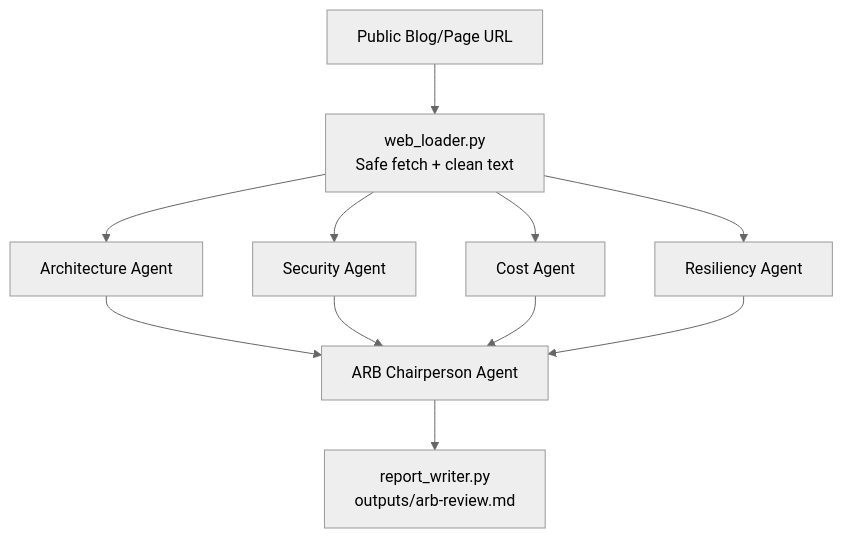
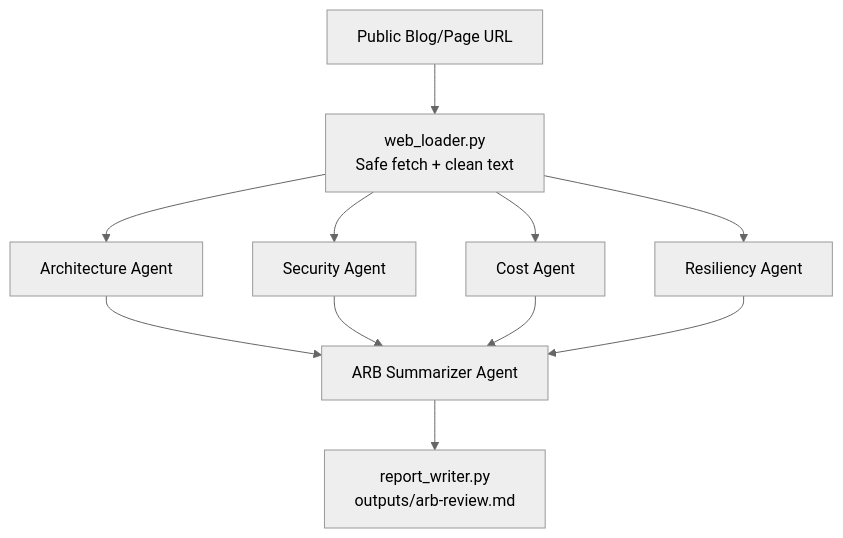
The first of 2 diagrams in README.md (pankaj-acharya/azure-ai-foundry-arb-assistant), drawn with Mermaid (neutral theme) before and after one commit. The commit also changed other lines of this file and 4 other files, not shown here.

First line of the commit message:
rename: arb-chairperson-agent → arb-summarizer-agent

````diff
--- a/README.md
+++ b/README.md
@@ -21,13 +21,13 @@
 ```mermaid
 flowchart TD
     A[Public Blog/Page URL] --> B[web_loader.py\nSafe fetch + clean text]
     B --> C1[Architecture Agent]
     B --> C2[Security Agent]
     B --> C3[Cost Agent]
     B --> C4[Resiliency Agent]
-    C1 --> D[ARB Chairperson Agent]
+    C1 --> D[ARB Summarizer Agent]
     C2 --> D
     C3 --> D
     C4 --> D
     D --> E[report_writer.py\noutputs/arb-review.md]
 ```
````
